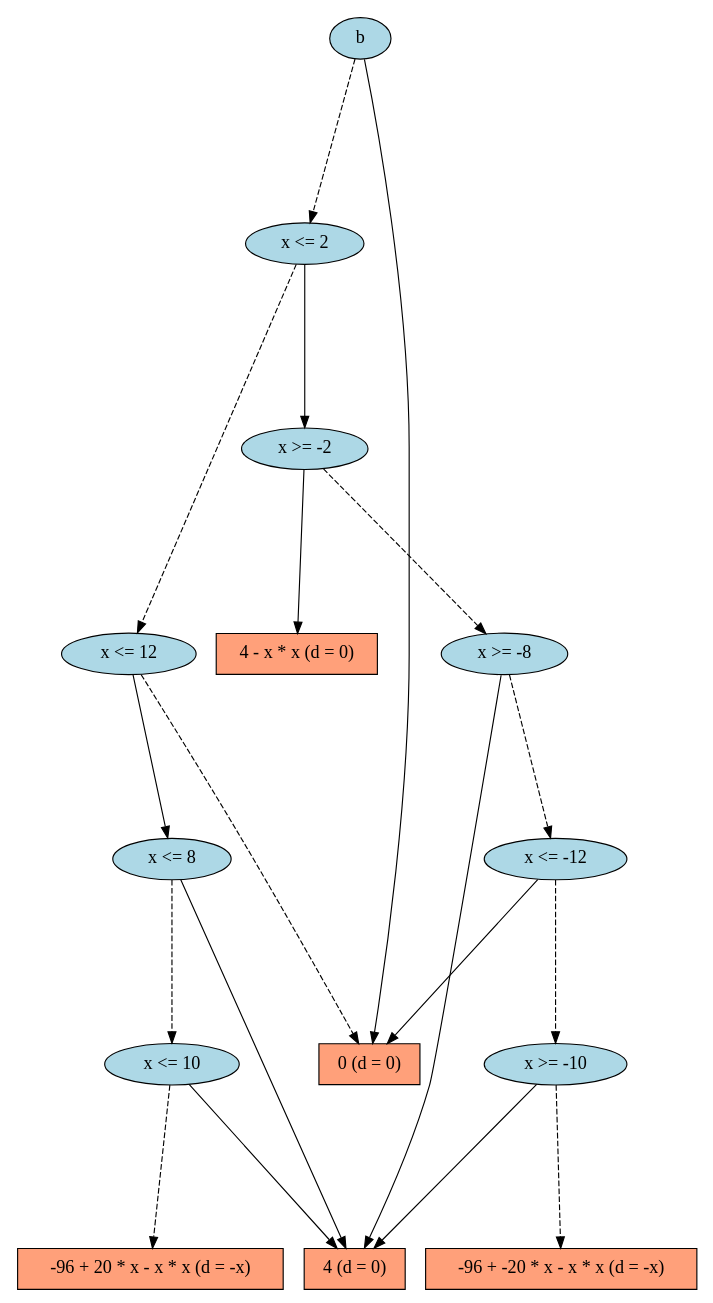
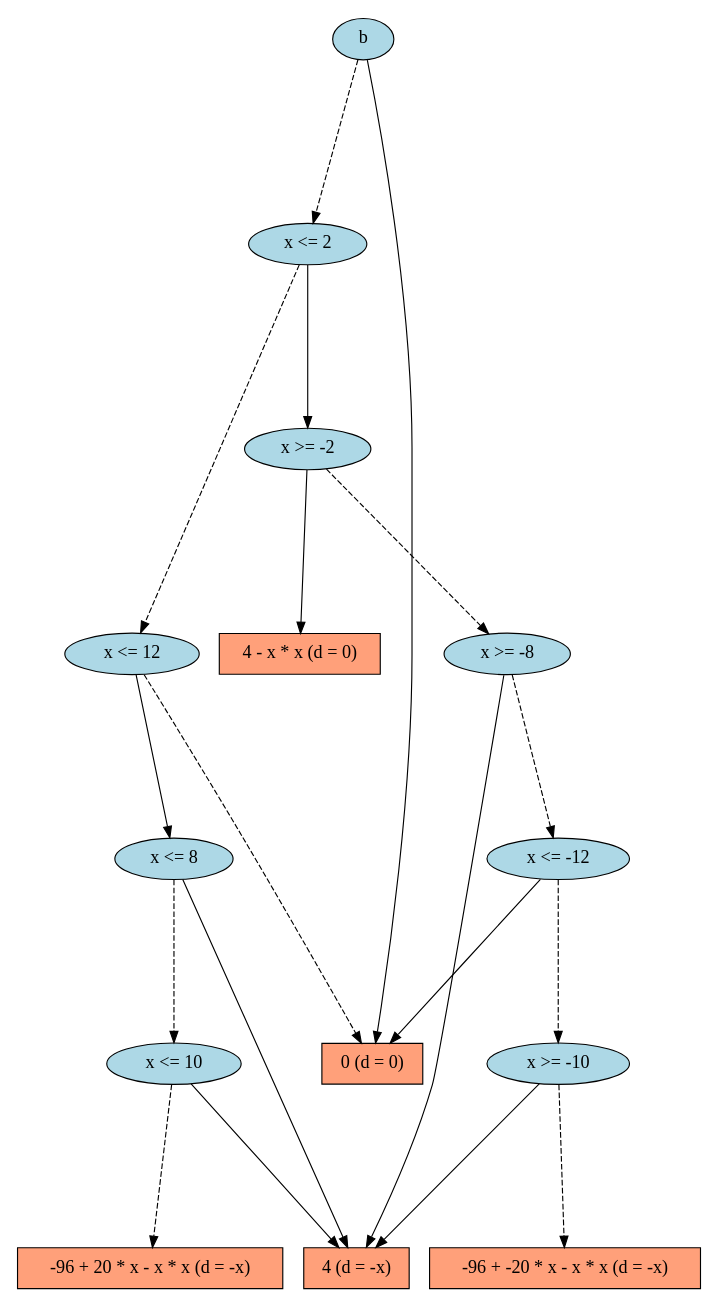
The diagram in docs/papers/linquad/Figures1/V_2.dot (ssanner/xadd-inference), drawn with Graphviz before and after one commit. The commit also changed 9 other files, not shown here.

```diff
--- a/docs/papers/linquad/Figures1/V_2.dot
+++ b/docs/papers/linquad/Figures1/V_2.dot
@@ -1,37 +1,37 @@
 digraph G { 
 graph [ fontname = "Helvetica",fontsize="16",ratio = "auto",
         size="7.5,10",ranksep="2.00" ];
 node [fontsize="16"];
 "504" [label="x >= -2",fillcolor=lightblue,color=black,shape=ellipse,style=filled];
 "509" [label="b",fillcolor=lightblue,color=black,shape=ellipse,style=filled];
 "508" [label="x <= 2",fillcolor=lightblue,color=black,shape=ellipse,style=filled];
 "371" [label="x <= 10",fillcolor=lightblue,color=black,shape=ellipse,style=filled];
 "209" [label="-96 + -20 * x - x * x (d = -x)",fillcolor=lightsalmon,color=black,shape=box,style=filled];
-"2" [label="4 (d = 0)",fillcolor=lightsalmon,color=black,shape=box,style=filled];
+"2" [label="4 (d = -x)",fillcolor=lightsalmon,color=black,shape=box,style=filled];
 "1" [label="0 (d = 0)",fillcolor=lightsalmon,color=black,shape=box,style=filled];
 "181" [label="-96 + 20 * x - x * x (d = -x)",fillcolor=lightsalmon,color=black,shape=box,style=filled];
 "457" [label="x >= -8",fillcolor=lightblue,color=black,shape=ellipse,style=filled];
 "5" [label="4 - x * x (d = 0)",fillcolor=lightsalmon,color=black,shape=box,style=filled];
 "455" [label="x >= -10",fillcolor=lightblue,color=black,shape=ellipse,style=filled];
 "456" [label="x <= -12",fillcolor=lightblue,color=black,shape=ellipse,style=filled];
 "400" [label="x <= 12",fillcolor=lightblue,color=black,shape=ellipse,style=filled];
 "399" [label="x <= 8",fillcolor=lightblue,color=black,shape=ellipse,style=filled];
 "504" -> "457" [color=black,style=dashed];
 "504" -> "5" [color=black,style=solid];
 "509" -> "1" [color=black,style=solid];
 "509" -> "508" [color=black,style=dashed];
 "508" -> "504" [color=black,style=solid];
 "508" -> "400" [color=black,style=dashed];
 "371" -> "2" [color=black,style=solid];
 "371" -> "181" [color=black,style=dashed];
 "457" -> "2" [color=black,style=solid];
 "457" -> "456" [color=black,style=dashed];
 "455" -> "2" [color=black,style=solid];
 "455" -> "209" [color=black,style=dashed];
 "456" -> "1" [color=black,style=solid];
 "456" -> "455" [color=black,style=dashed];
 "400" -> "1" [color=black,style=dashed];
 "400" -> "399" [color=black,style=solid];
 "399" -> "2" [color=black,style=solid];
 "399" -> "371" [color=black,style=dashed];
 }
```
